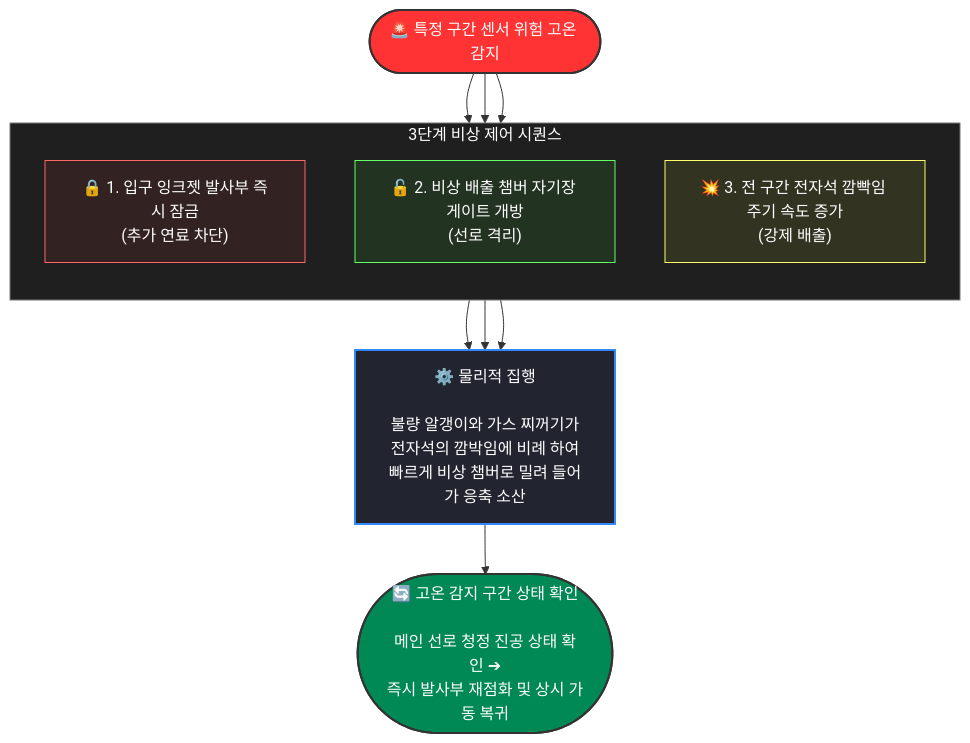
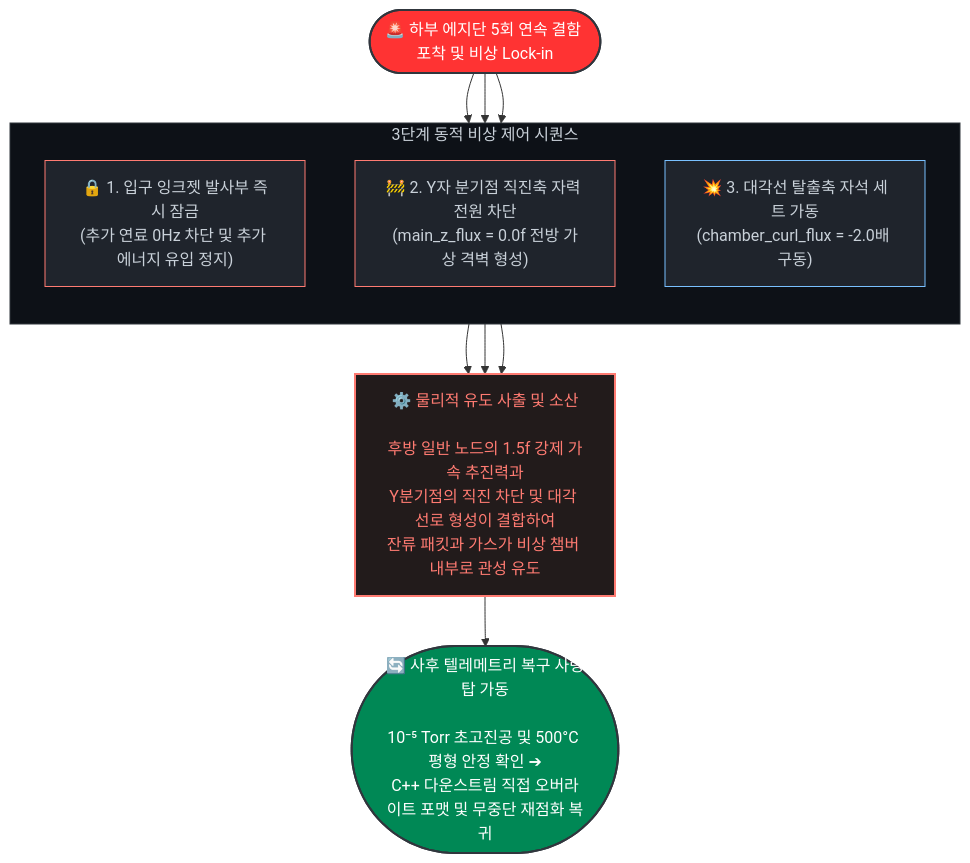
The diagram in docs/Emergency_Sequence.md (PJHkorea/discrete-filament-router-KR), drawn with Mermaid before and after one commit. The commit also changed other lines of this file, not shown here.

````diff
--- a/docs/Emergency_Sequence.md
+++ b/docs/Emergency_Sequence.md
@@ -17,36 +21,36 @@
 ```mermaid
 graph TD
     %% 노드 정의
-    START(["🚨 특정 구간 센서 위험 고온 감지"])
+    START(["🚨 하부 에지단 5회 연속 결함 포착 및 비상 Lock-in"])
     
-    subgraph STEP [3단계 비상 제어 시퀀스]
+    subgraph STEP [3단계 동적 비상 제어 시퀀스]
         direction TB
-        S1["🔒 1. 입구 잉크젯 발사부 즉시 잠금<br>(추가 연료 차단)"]
-        S2["🔓 2. 비상 배출 챔버 자기장 게이트 개방<br>(선로 격리)"]
-        S3["💥 3. 전 구간 전자석 깜빡임 주기 속도 증가<br>(강제 배출)"]
+        S1["🔒 1. 입구 잉크젯 발사부 즉시 잠금<br>(추가 연료 0Hz 차단 및 추가 에너지 유입 정지)"]
+        S2["🚧 2. Y자 분기점 직진축 자력 전원 차단<br>(main_z_flux = 0.0f 전방 가상 격벽 형성)"]
+        S3["💥 3. 대각선 탈출축 자석 세트 가동<br>(chamber_curl_flux = -2.0배 구동)"]
     end
 
-    EXEC["⚙️ 물리적 집행<br><br>불량 알갱이와 가스 찌꺼기가<br> 전자석의 깜박임에 비례 하여 빠르게 비상 챔버로 밀려 들어가 응축 소산"]
+    EXEC["⚙️ 물리적 유도 사출 및 소산<br><br>후방 일반 노드의 1.5f 강제 가속 추진력과<br>Y분기점의 직진 차단 및 대각 선로 형성이 결합하여<br>잔류 패킷과 가스가 비상 챔버 내부로 관성 유도"]
     
-    RESTART(["🔄 고온 감지 구간 상태 확인<br><br>메인 선로 청정 진공 상태 확인 ➔<br>즉시 발사부 재점화 및 상시 가동 복귀"])
+    RESTART(["🔄 사후 텔레메트리 복구 사령탑 가동<br><br>10⁻⁵ Torr 초고진공 및 500°C 평형 안정 확인 ➔<br>C++ 다운스트림 직접 오버라이트 포맷 및 무중단 재점화 복귀"])
 
     %% 연결 관계
     START --> S1
     START --> S2
     START --> S3
     
     S1 --> EXEC
     S2 --> EXEC
     S3 --> EXEC
     
     EXEC --> RESTART
 
-    %% 스타일링 (깃허브 마크다운 가독성 최적화)
-    style START fill:#ff3333,stroke:#333,stroke-width:2px,color:#fff
-    style STEP fill:#1f1f1f,stroke:#777,stroke-width:1px,color:#fff
-    style S1 fill:#332222,stroke:#ff6666,stroke-width:1px,color:#fff
-    style S2 fill:#223322,stroke:#66ff66,stroke-width:1px,color:#fff
-    style S3 fill:#333322,stroke:#ffff66,stroke-width:1px,color:#fff
-    style EXEC fill:#222530,stroke:#3388ff,stroke-width:2px,color:#fff
-    style RESTART fill:#008855,stroke:#333,stroke-width:2px,color:#fff
+    %% 스타일링 (깃허브 마크다운 가독성 최적화 및 파서 안전 규격)
+    style START fill:#ff3333,stroke:#30363d,stroke-width:2px,color:#fff
+    style STEP fill:#0d1117,stroke:#30363d,stroke-width:1px,color:#c9d1d9
+    style S1 fill:#1f242c,stroke:#ff7b72,stroke-width:1px,color:#c9d1d9
+    style S2 fill:#1f242c,stroke:#ff7b72,stroke-width:1px,color:#c9d1d9
+    style S3 fill:#1f242c,stroke:#79c0ff,stroke-width:1px,color:#c9d1d9
+    style EXEC fill:#221b1b,stroke:#ff7b72,stroke-width:2px,color:#ff7b72
+    style RESTART fill:#008855,stroke:#30363d,stroke-width:2px,color:#fff
 ```
````
